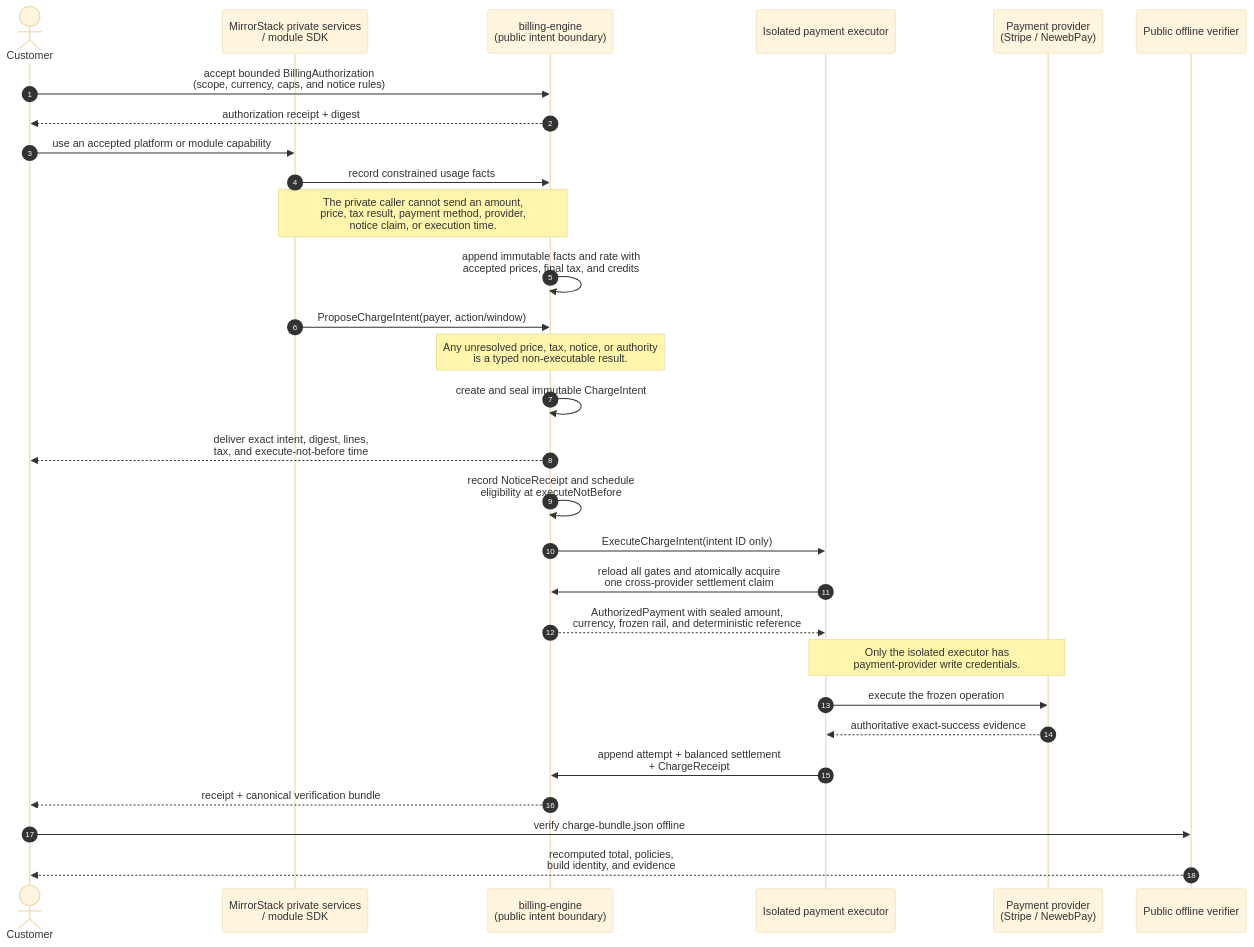
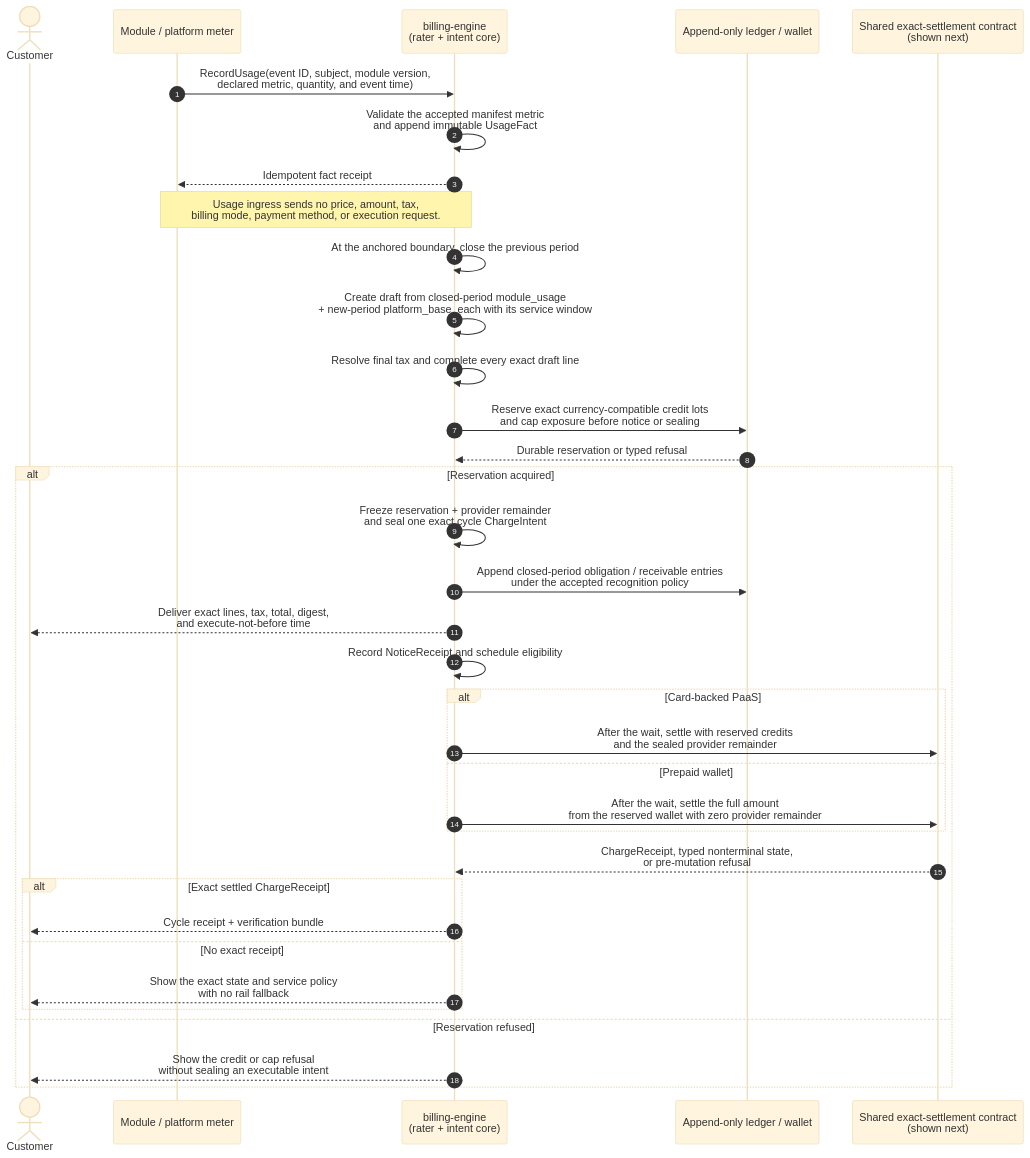
One commit to mirrorstack-ai/billing-engine changed the fifth of 7 diagrams in README.md. Above: the diagram before and after it, drawn with Mermaid (base theme). The commit also changed other lines of this file, not shown here.

Commit message:
docs: document customer billing flows

````diff
--- a/README.md
+++ b/README.md
@@ -82,32 +302,39 @@
 ```mermaid
 sequenceDiagram
     autonumber
     actor Customer
-    participant Private as MirrorStack private services<br/>/ module SDK
-    participant Engine as billing-engine<br/>(public intent boundary)
-    participant Executor as Isolated payment executor
-    participant Provider as Payment provider<br/>(Stripe / NewebPay)
-    participant Verifier as Public offline verifier
+    participant Meter as Module / platform meter
+    participant Engine as billing-engine<br/>(rater + intent core)
+    participant Ledger as Append-only ledger / wallet
+    participant Settlement as Shared exact-settlement contract<br/>(shown next)
 
-    Customer->>Engine: accept bounded BillingAuthorization<br/>(scope, currency, caps, and notice rules)
-    Engine-->>Customer: authorization receipt + digest
-    Customer->>Private: use an accepted platform or module capability
-    Private->>Engine: record constrained usage facts
-    Note over Private,Engine: The private caller cannot send an amount,<br/>price, tax result, payment method, provider,<br/>notice claim, or execution time.
-    Engine->>Engine: append immutable facts and rate with<br/>accepted prices, final tax, and credits
-    Private->>Engine: ProposeChargeIntent(payer, action/window)
-    Note over Engine: Any unresolved price, tax, notice, or authority<br/>is a typed non-executable result.
-    Engine->>Engine: create and seal immutable ChargeIntent
-    Engine-->>Customer: deliver exact intent, digest, lines,<br/>tax, and execute-not-before time
-    Engine->>Engine: record NoticeReceipt and schedule<br/>eligibility at executeNotBefore
-    Engine->>Executor: ExecuteChargeIntent(intent ID only)
-    Executor->>Engine: reload all gates and atomically acquire<br/>one cross-provider settlement claim
-    Engine-->>Executor: AuthorizedPayment with sealed amount,<br/>currency, frozen rail, and deterministic reference
-    Note over Executor,Provider: Only the isolated executor has<br/>payment-provider write credentials.
-    Executor->>Provider: execute the frozen operation
-    Provider-->>Executor: authoritative exact-success evidence
-    Executor->>Engine: append attempt + balanced settlement<br/>+ ChargeReceipt
-    Engine-->>Customer: receipt + canonical verification bundle
-    Customer->>Verifier: verify charge-bundle.json offline
-    Verifier-->>Customer: recomputed total, policies,<br/>build identity, and evidence
+    Meter->>Engine: RecordUsage(event ID, subject, module version,<br/>declared metric, quantity, and event time)
+    Engine->>Engine: Validate the accepted manifest metric<br/>and append immutable UsageFact
+    Engine-->>Meter: Idempotent fact receipt
+    Note over Meter,Engine: Usage ingress sends no price, amount, tax,<br/>billing mode, payment method, or execution request.
+
+    Engine->>Engine: At the anchored boundary, close the previous period
+    Engine->>Engine: Create draft from closed-period module_usage<br/>+ new-period platform_base, each with its service window
+    Engine->>Engine: Resolve final tax and complete every exact draft line
+    Engine->>Ledger: Reserve exact currency-compatible credit lots<br/>and cap exposure before notice or sealing
+    Ledger-->>Engine: Durable reservation or typed refusal
+    alt Reservation acquired
+        Engine->>Engine: Freeze reservation + provider remainder<br/>and seal one exact cycle ChargeIntent
+        Engine->>Ledger: Append closed-period obligation / receivable entries<br/>under the accepted recognition policy
+        Engine-->>Customer: Deliver exact lines, tax, total, digest,<br/>and execute-not-before time
+        Engine->>Engine: Record NoticeReceipt and schedule eligibility
+        alt Card-backed PaaS
+            Engine->>Settlement: After the wait, settle with reserved credits<br/>and the sealed provider remainder
+        else Prepaid wallet
+            Engine->>Settlement: After the wait, settle the full amount<br/>from the reserved wallet with zero provider remainder
+        end
+        Settlement-->>Engine: ChargeReceipt, typed nonterminal state,<br/>or pre-mutation refusal
+        alt Exact settled ChargeReceipt
+            Engine-->>Customer: Cycle receipt + verification bundle
+        else No exact receipt
+            Engine-->>Customer: Show the exact state and service policy<br/>with no rail fallback
+        end
+    else Reservation refused
+        Engine-->>Customer: Show the credit or cap refusal<br/>without sealing an executable intent
+    end
 ```
````
